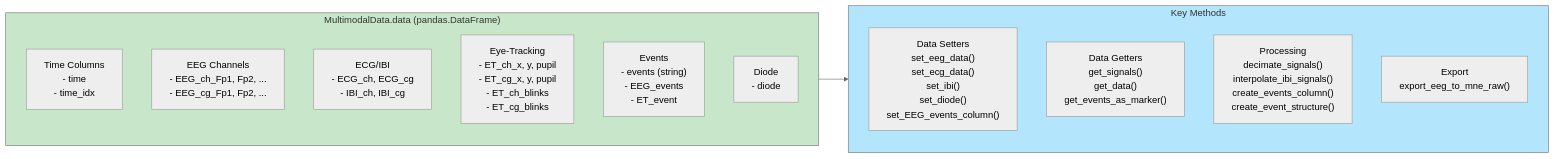
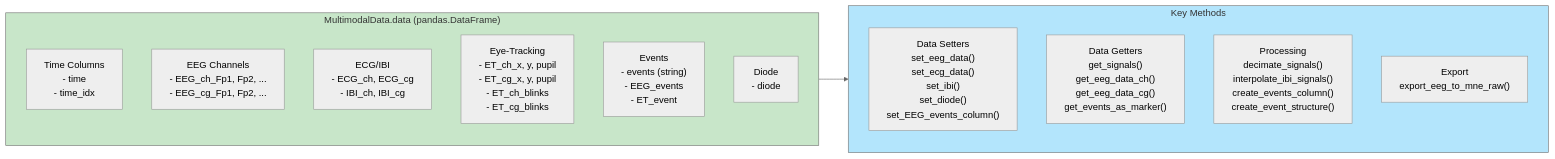
One commit to SYNCC-IN/hyperscanning-signal-analysis changed the second of 5 diagrams in docs/architecture_diagram.md. Above: the diagram before and after it, drawn with Mermaid (neutral theme). The commit also changed other lines of this file, not shown here.

Commit message:
Fix architecture diagram to reflect actual code implementation - Corrected ECG extraction: happens from raw data before EEG filtering, not after - Reorganized data flow to show proper sequence: raw extraction -> processing -> storage -> decimation -> access

````diff
--- a/docs/architecture_diagram.md
+++ b/docs/architecture_diagram.md
@@ -92,25 +101,25 @@
 ```mermaid
 flowchart LR
     subgraph DataFrame["MultimodalData.data (pandas.DataFrame)"]
         direction TB
         TC["Time Columns<br/>- time<br/>- time_idx"]
         EEGC["EEG Channels<br/>- EEG_ch_Fp1, Fp2, ...<br/>- EEG_cg_Fp1, Fp2, ..."]
         ECGC["ECG/IBI<br/>- ECG_ch, ECG_cg<br/>- IBI_ch, IBI_cg"]
         ETC["Eye-Tracking<br/>- ET_ch_x, y, pupil<br/>- ET_cg_x, y, pupil<br/>- ET_ch_blinks<br/>- ET_cg_blinks"]
         EVTC["Events<br/>- events (string)<br/>- EEG_events<br/>- ET_event"]
         DIODE["Diode<br/>- diode"]
     end
 
     subgraph Methods["Key Methods"]
         direction TB
         SET["Data Setters<br/>set_eeg_data()<br/>set_ecg_data()<br/>set_ibi()<br/>set_diode()<br/>set_EEG_events_column()"]
-        GET["Data Getters<br/>get_signals()<br/>get_data()<br/>get_events_as_marker()"]
+        GET["Data Getters<br/>get_signals()<br/>get_eeg_data_ch()<br/>get_eeg_data_cg()<br/>get_events_as_marker()"]
         PROC["Processing<br/>decimate_signals()<br/>interpolate_ibi_signals()<br/>create_events_column()<br/>create_event_structure()"]
         EXPORT["Export<br/>export_eeg_to_mne_raw()"]
     end
 
     DataFrame --> Methods
     
     style DataFrame fill:#c8e6c9
     style Methods fill:#b3e5fc
 ```
````
